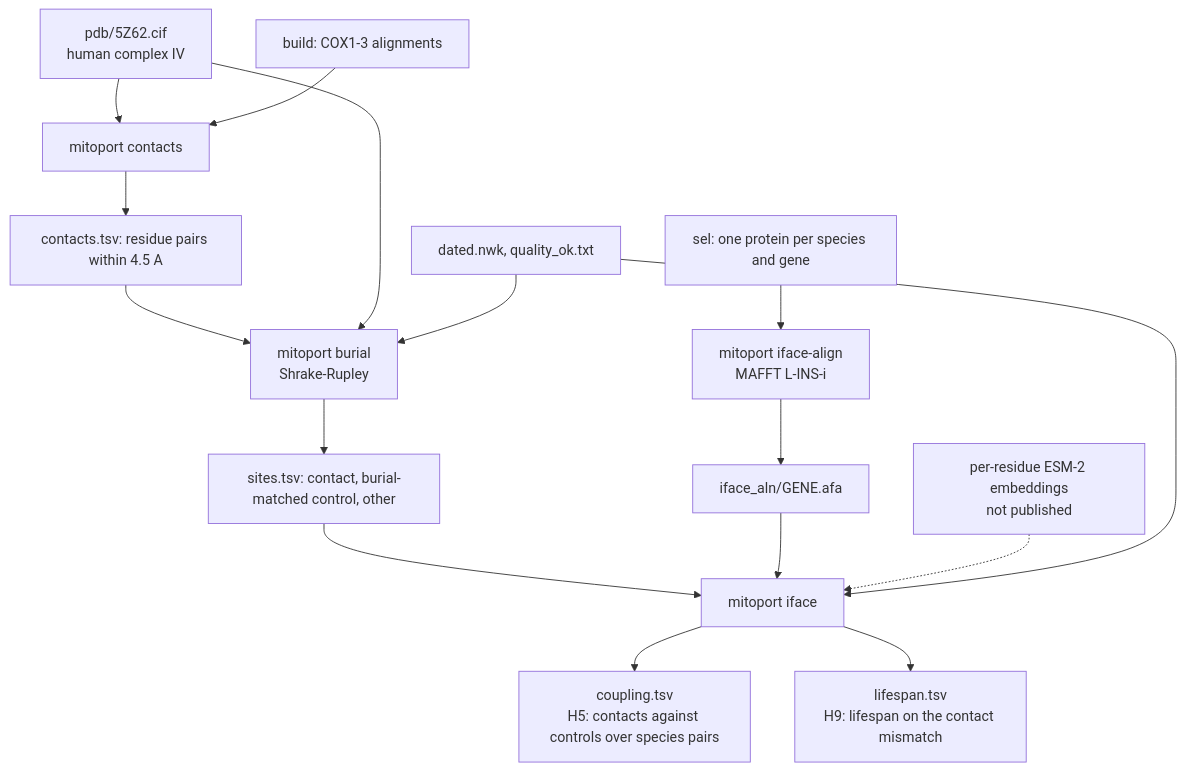
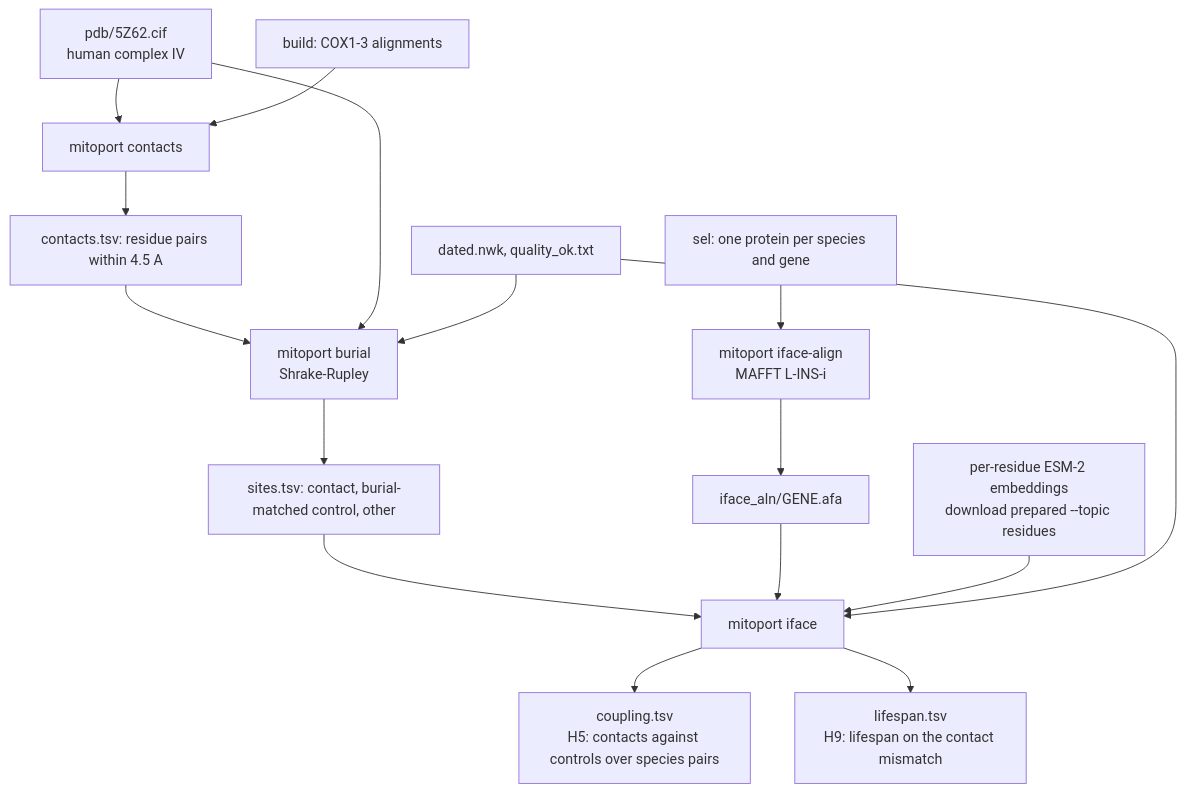
Before and after one commit to dna-seq/mitoage-pipelines: the fifth of 6 diagrams in docs/PIPELINE.md, drawn with Mermaid. The commit also changed other lines of this file and 6 other files, not shown here.

First line of the commit message:
The per-residue embeddings and the predicted structures as prepared topics on Hugging Face

````diff
--- a/docs/PIPELINE.md
+++ b/docs/PIPELINE.md
@@ -110,18 +114,18 @@
 ```mermaid
 flowchart TD
   C[pdb/5Z62.cif<br/>human complex IV] --> CT[mitoport contacts]
   B[build: COX1-3 alignments] --> CT
   CT --> K[contacts.tsv: residue pairs within 4.5 A]
   K --> BU[mitoport burial<br/>Shrake-Rupley]
   C --> BU
   TREE[dated.nwk, quality_ok.txt] --> BU
   BU --> SI[sites.tsv: contact, burial-matched control, other]
   S1[sel: one protein per species and gene] --> IA[mitoport iface-align<br/>MAFFT L-INS-i]
   IA --> NA[iface_aln/GENE.afa]
   SI --> IF[mitoport iface]
   NA --> IF
-  E[per-residue ESM-2 embeddings<br/>not published] -.-> IF
+  E[per-residue ESM-2 embeddings<br/>download prepared --topic residues] --> IF
   TREE --> IF
   IF --> T3[coupling.tsv<br/>H5: contacts against controls over species pairs]
   IF --> T4[lifespan.tsv<br/>H9: lifespan on the contact mismatch]
 ```
````
